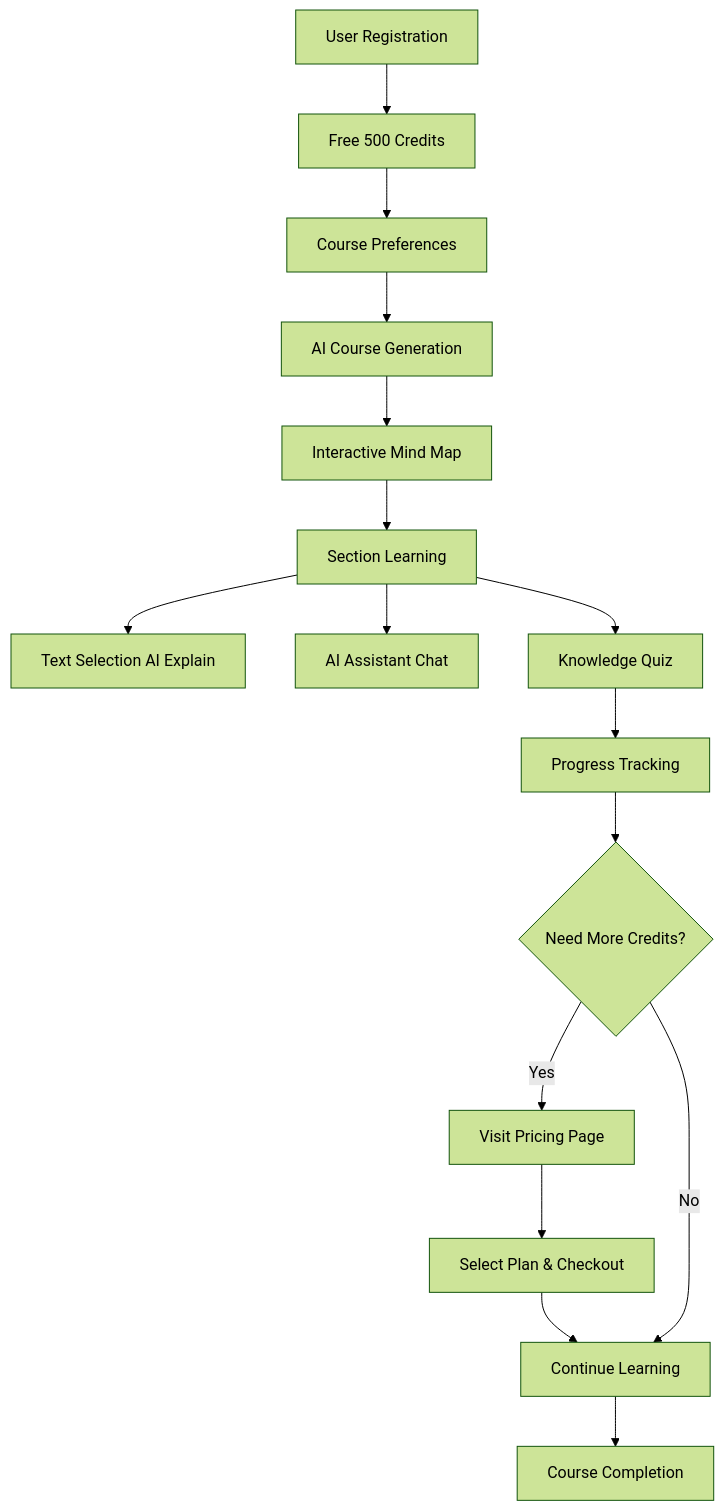
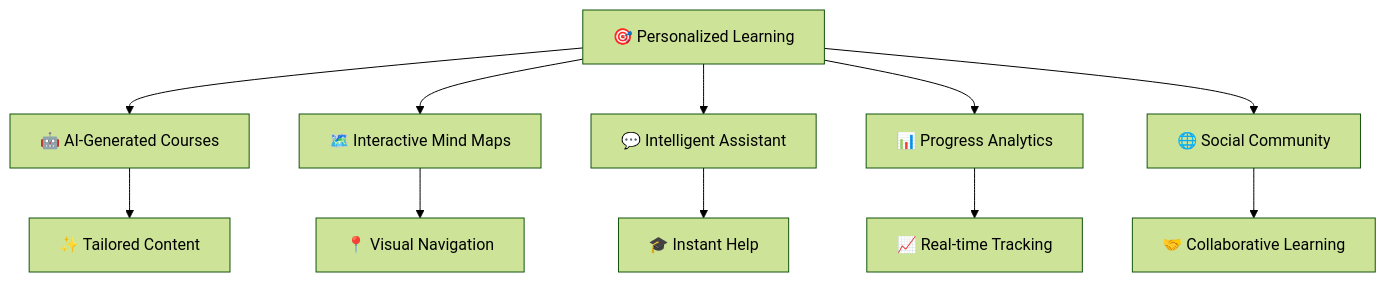
Before and after one commit to cuthanhcam/pulsar-ai-hackathon-2025: the first of 4 diagrams in README.md, drawn with Mermaid (forest theme). The commit also changed other lines of this file, not shown here.

Commit message:
docs: update README more modern

````diff
--- a/README.md
+++ b/README.md
@@ -201,18 +76,14 @@
 ```mermaid
 graph TD
-    A[User Registration] --> B[Free 500 Credits]
-    B --> C[Course Preferences]
-    C --> D[AI Course Generation]
-    D --> E[Interactive Mind Map]
-    E --> F[Section Learning]
-    F --> G[Text Selection AI Explain]
-    F --> H[AI Assistant Chat]
-    F --> I[Knowledge Quiz]
-    I --> J[Progress Tracking]
-    J --> K{Need More Credits?}
-    K -->|Yes| L[Visit Pricing Page]
-    L --> M[Select Plan & Checkout]
-    M --> N[Continue Learning]
-    K -->|No| N
-    N --> O[Course Completion]
+    A[🎯 Personalized Learning] --> B[🤖 AI-Generated Courses]
+    A --> C[🗺️ Interactive Mind Maps]
+    A --> D[💬 Intelligent Assistant]
+    A --> E[📊 Progress Analytics]
+    A --> F[🌐 Social Community]
+
+    B --> G[✨ Tailored Content]
+    C --> H[📍 Visual Navigation]
+    D --> I[🎓 Instant Help]
+    E --> J[📈 Real-time Tracking]
+    F --> K[🤝 Collaborative Learning]
 ```
````
